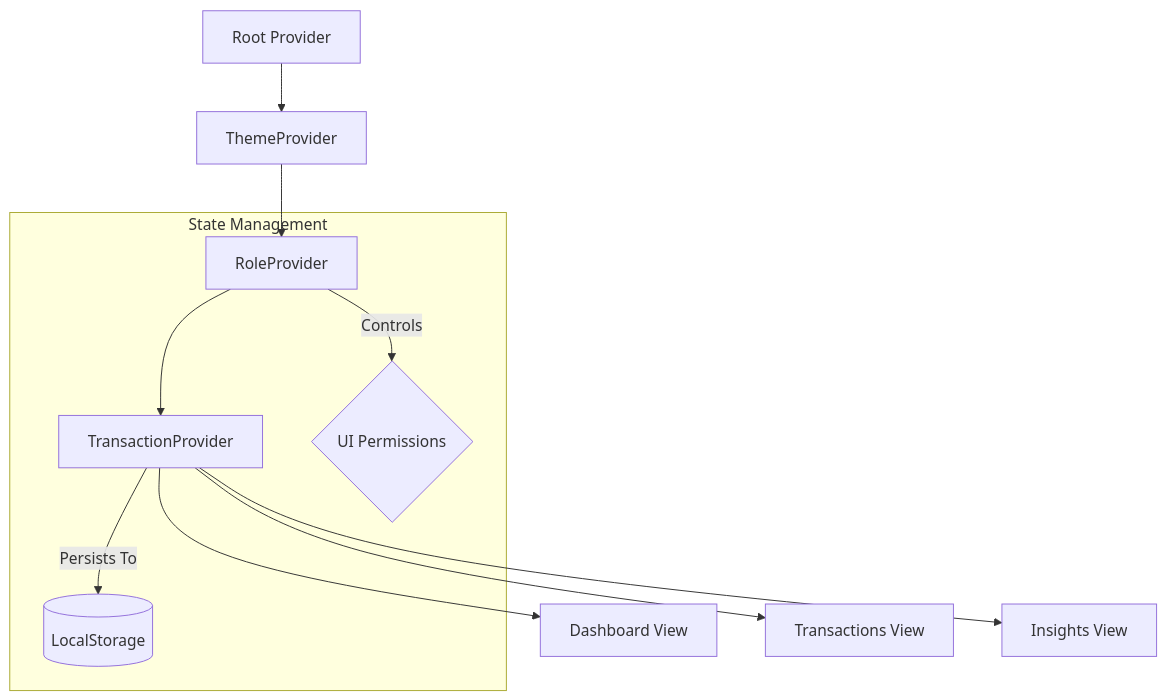
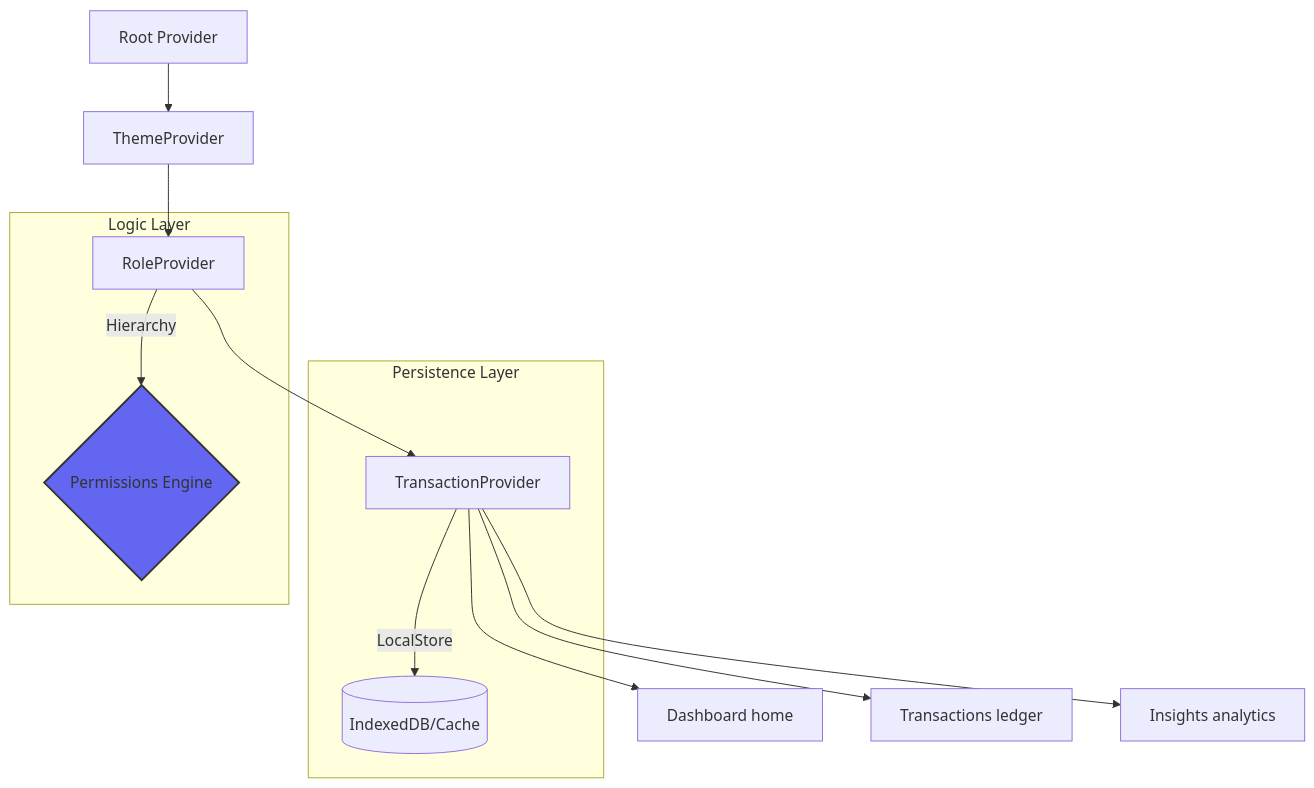
The diagram in README.md (Mezan2002/finance-dashboard-client), drawn with Mermaid before and after one commit. The commit also changed other lines of this file and 1 other file, not shown here.

````diff
--- a/README.md
+++ b/README.md
@@ -68,14 +59,18 @@
 ```mermaid
 graph TD
     A[Root Provider] --> B[ThemeProvider]
     B --> C[RoleProvider]
     C --> D[TransactionProvider]
-    D --> E[Dashboard View]
-    D --> F[Transactions View]
-    D --> G[Insights View]
-    
-    subgraph State Management
-    D -- Persists To --> H[(LocalStorage)]
-    C -- Controls --> I{UI Permissions}
+    D --> E[Dashboard home]
+    D --> F[Transactions ledger]
+    D --> G[Insights analytics]
+
+    subgraph "Persistence Layer"
+    D -- LocalStore --> H[(IndexedDB/Cache)]
+    end
+
+    subgraph "Logic Layer"
+    C -- Hierarchy --> I{Permissions Engine}
+    style I fill:#6366f1,stroke:#333,stroke-width:2px;
     end
 ```
````
